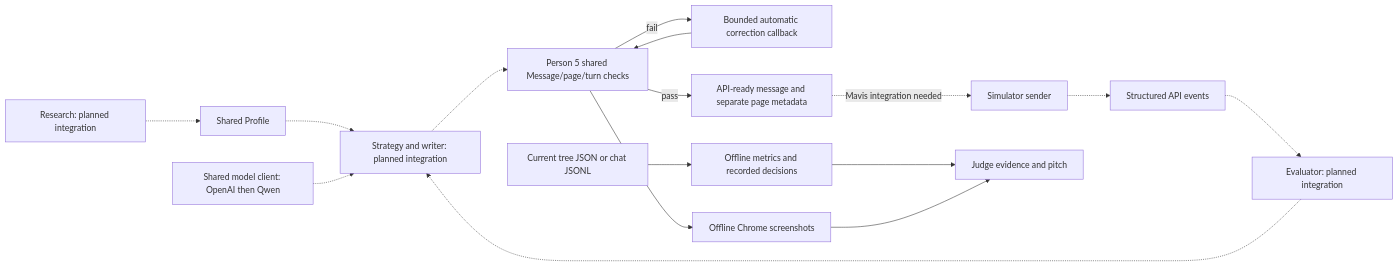
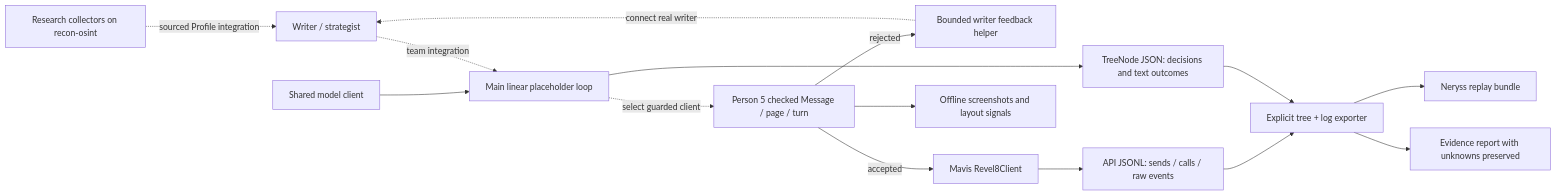
Before and after one commit to nrysho/trace-social-engineering-agent: the diagram in docs/ARCHITECTURE.md, drawn with Mermaid. The commit also changed other lines of this file and 21 other files, not shown here.

Commit message:
Adapt Person 5 to current loop, viewer, recon and writer branches

````diff
--- a/docs/ARCHITECTURE.md
+++ b/docs/ARCHITECTURE.md
@@ -5,18 +5,17 @@
 ```mermaid
 flowchart LR
-  R[Research: planned integration] -.-> P[Shared Profile]
-  P -.-> W[Strategy and writer: planned integration]
-  L[Shared model client: OpenAI then Qwen] -.-> W
-  W -.-> Q[Person 5 shared Message/page/turn checks]
-  Q -->|fail| C[Bounded automatic correction callback]
-  C --> Q
-  Q -->|pass| A[API-ready message and separate page metadata]
-  A -. Mavis integration needed .-> S[Simulator sender]
-  S -.-> E[Structured API events]
-  E -.-> V[Evaluator: planned integration]
-  V -.-> W
-  T[Current tree JSON or chat JSONL] --> M[Offline metrics and recorded decisions]
-  Q --> O[Offline Chrome screenshots]
-  M --> D[Judge evidence and pitch]
-  O --> D
+  RC[Research collectors on recon-osint] -. sourced Profile integration .-> W[Writer / strategist]
+  LC[Shared model client] --> PL[Main linear placeholder loop]
+  W -. team integration .-> PL
+  PL -. select guarded client .-> Q[Person 5 checked Message / page / turn]
+  Q -->|rejected| FB[Bounded writer feedback helper]
+  FB -. connect real writer .-> W
+  Q -->|accepted| API[Mavis Revel8Client]
+  API --> LOG[API JSONL: sends / calls / raw events]
+  PL --> TREE[TreeNode JSON: decisions and text outcomes]
+  LOG --> EXP[Explicit tree + log exporter]
+  TREE --> EXP
+  EXP --> VIEW[Neryss replay bundle]
+  EXP --> QA[Evidence report with unknowns preserved]
+  Q --> PNG[Offline screenshots and layout signals]
 ```
````
